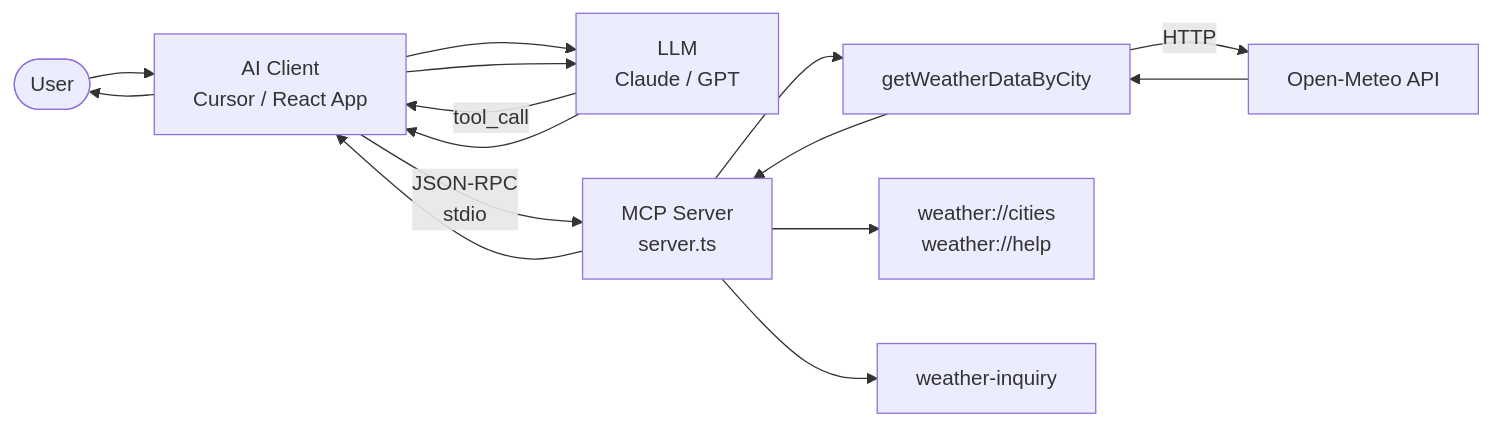
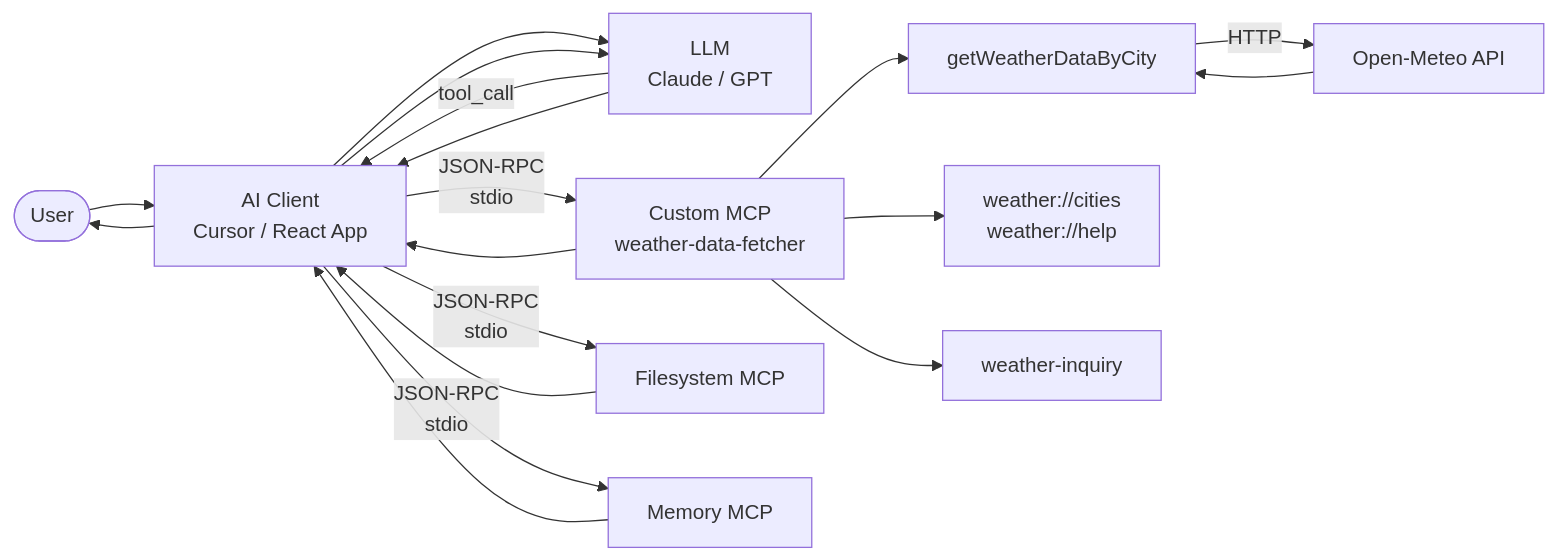
Before and after one commit to selva1990kumar/mcp-weather-tools: the diagram in README.md, drawn with Mermaid. The commit also changed other lines of this file and 6 other files, not shown here.

First line of the commit message:
Update diagrams for filesystem/memory MCP, remove internal docs for portfolio

````diff
--- a/README.md
+++ b/README.md
@@ -27,17 +27,20 @@
 ```mermaid
 flowchart LR
     User([User]) --> Client[AI Client\nCursor / React App]
     Client --> LLM[LLM\nClaude / GPT]
     LLM -->|tool_call| Client
-    Client -->|JSON-RPC\nstdio| MCP[MCP Server\nserver.ts]
-    MCP --> Tool[getWeatherDataByCity]
-    MCP --> Resource["weather://cities\nweather://help"]
-    MCP --> Prompt[weather-inquiry]
+    Client -->|JSON-RPC\nstdio| MCP1[Custom MCP\nweather-data-fetcher]
+    Client -->|JSON-RPC\nstdio| MCP2[Filesystem MCP]
+    Client -->|JSON-RPC\nstdio| MCP3[Memory MCP]
+    MCP1 --> Tool[getWeatherDataByCity]
+    MCP1 --> Resource["weather://cities\nweather://help"]
+    MCP1 --> Prompt[weather-inquiry]
     Tool -->|HTTP| API[Open-Meteo API]
     API --> Tool
-    Tool --> MCP
-    MCP --> Client
+    MCP1 --> Client
+    MCP2 --> Client
+    MCP3 --> Client
     Client --> LLM
     LLM --> Client
     Client --> User
 ```
````
